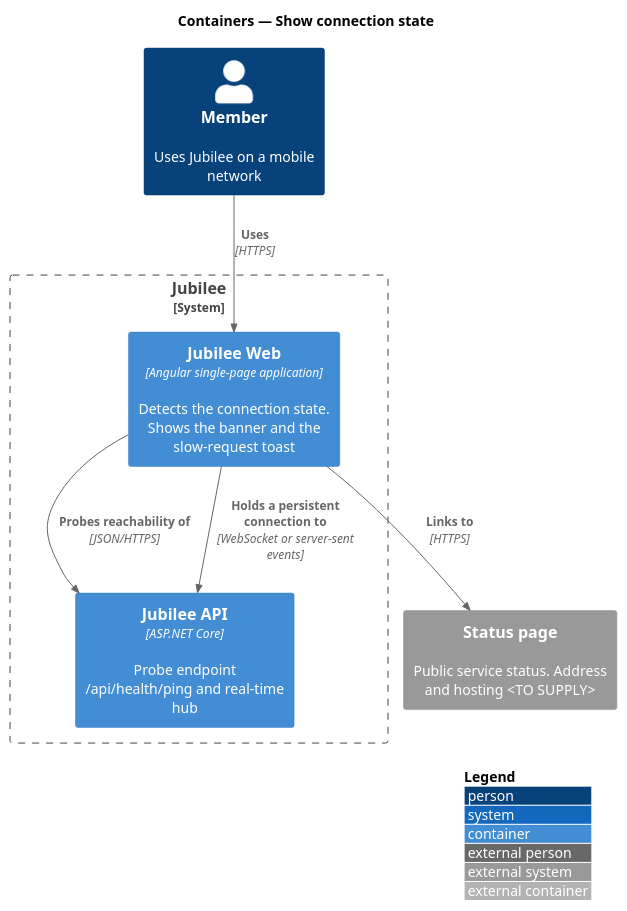
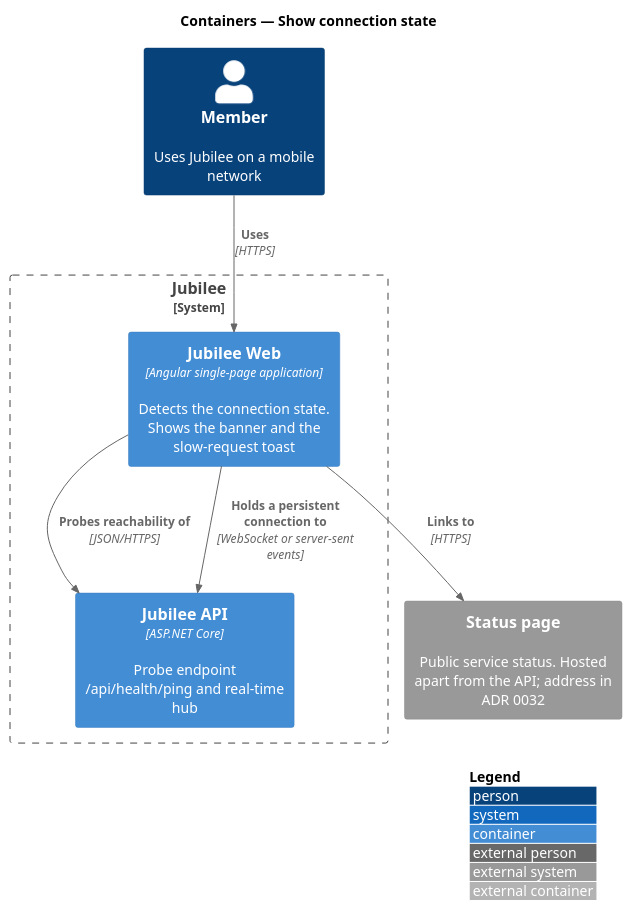
One commit to QuinntyneBrown/jubilee changed the diagram in docs/detailed-designs/offline/show-connection-state/diagrams/c4-container.puml. Above: the diagram before and after it, drawn with PlantUML. The commit also changed 57 other files, not shown here.

Commit message:
Use Jubilee offline: connection banner, offline page, saved directory and conversations, outgoing message queue, e2e coverage and ADR 0032

```diff
--- a/docs/detailed-designs/offline/show-connection-state/diagrams/c4-container.puml
+++ b/docs/detailed-designs/offline/show-connection-state/diagrams/c4-container.puml
@@ -1,16 +1,16 @@
 @startuml
 !include <C4/C4_Container>
 LAYOUT_WITH_LEGEND()
 title Containers — Show connection state
 
 Person(member, "Member", "Uses Jubilee on a mobile network")
 System_Boundary(jubilee, "Jubilee") {
   Container(web, "Jubilee Web", "Angular single-page application", "Detects the connection state. Shows the banner and the slow-request toast")
   Container(api, "Jubilee API", "ASP.NET Core", "Probe endpoint /api/health/ping and real-time hub")
 }
-System_Ext(status, "Status page", "Public service status. Address and hosting <TO SUPPLY>")
+System_Ext(status, "Status page", "Public service status. Hosted apart from the API; address in ADR 0032")
 Rel(member, web, "Uses", "HTTPS")
 Rel(web, api, "Probes reachability of", "JSON/HTTPS")
 Rel(web, api, "Holds a persistent connection to", "WebSocket or server-sent events")
 Rel(web, status, "Links to", "HTTPS")
 @enduml
```
